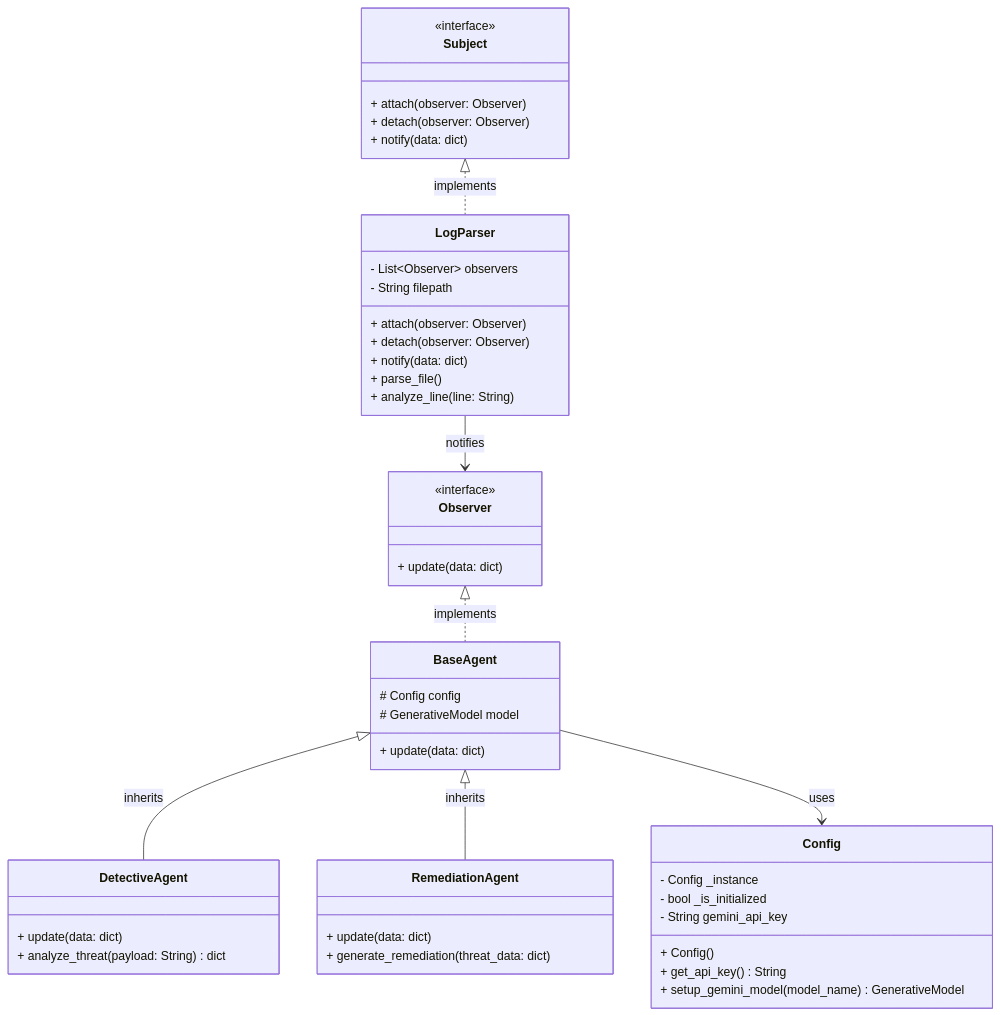
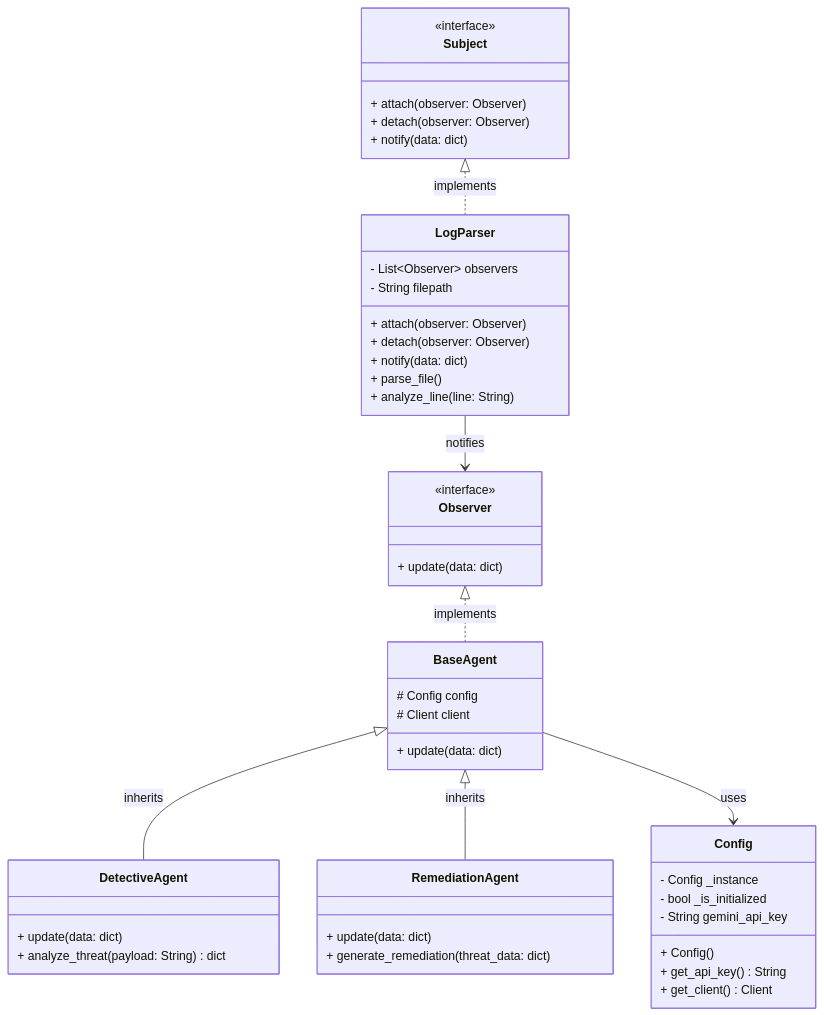
Before and after one commit to myhneaa/AI-Powered-Network-Threat-Analyzer: the diagram in architecture.md, drawn with Mermaid. The commit also changed other lines of this file and 6 other files, not shown here.

````diff
--- a/architecture.md
+++ b/architecture.md
@@ -15,56 +15,56 @@
 ```mermaid
 classDiagram
     class Config {
         - Config _instance
         - bool _is_initialized
         - String gemini_api_key
         + Config()
         + get_api_key() String
-        + setup_gemini_model(model_name) GenerativeModel
+        + get_client() Client
     }
     
     class Subject {
         <<interface>>
         + attach(observer: Observer)
         + detach(observer: Observer)
         + notify(data: dict)
     }
     
     class Observer {
         <<interface>>
         + update(data: dict)
     }
     
     class LogParser {
         - List~Observer~ observers
         - String filepath
         + attach(observer: Observer)
         + detach(observer: Observer)
         + notify(data: dict)
         + parse_file()
         + analyze_line(line: String)
     }
     
     class BaseAgent {
         # Config config
-        # GenerativeModel model
+        # Client client
         + update(data: dict)
     }
     
     class DetectiveAgent {
         + update(data: dict)
         + analyze_threat(payload: String) dict
     }
     
     class RemediationAgent {
         + update(data: dict)
         + generate_remediation(threat_data: dict)
     }
     
     Subject <|.. LogParser : implements
     Observer <|.. BaseAgent : implements
     BaseAgent <|-- DetectiveAgent : inherits
     BaseAgent <|-- RemediationAgent : inherits
     LogParser --> Observer : notifies
     BaseAgent --> Config : uses
 ```
````
